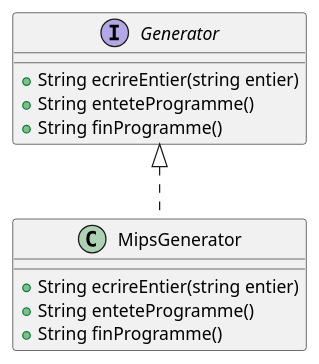
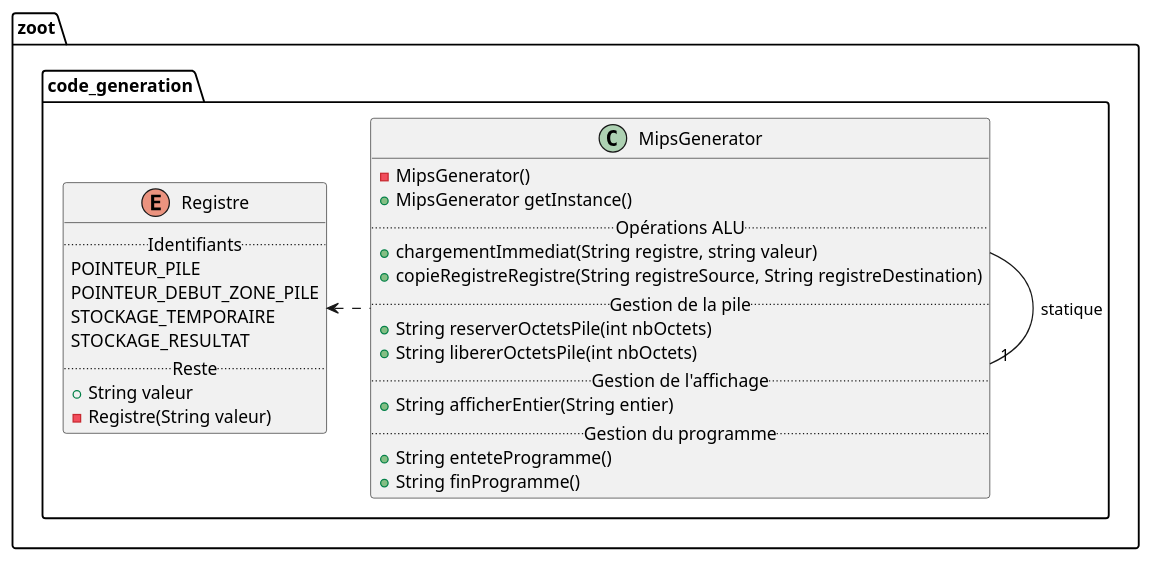
The diagram in diagrammes/classe/code_generation.puml (lmtb06/zoot), drawn with PlantUML before and after one commit. The commit also changed 6 other files, not shown here.

Commit message:
Modification du diagramme de classes + Utilisation du pattern interpreter pour l'affichage + Utilisation d'un singleton qui centralise l'implémentation du code mips + Ajout d'un enum pour centraliser les noms des registres principaux + Découpage des diagrammes par package

```diff
--- a/diagrammes/classe/code_generation.puml
+++ b/diagrammes/classe/code_generation.puml
@@ -1,14 +1,38 @@
-@startuml
+@startuml "Package code_generation"
 
-interface Generator {
-    + String ecrireEntier(string entier)
-    + String enteteProgramme()
-    + String finProgramme()
-}
+namespace zoot.code_generation {
+    ' Includes
+    ' Classes
+    enum Registre {
+        .. Identifiants ..
+        POINTEUR_PILE
+        POINTEUR_DEBUT_ZONE_PILE
+        STOCKAGE_TEMPORAIRE
+        STOCKAGE_RESULTAT
+        .. Reste ..
+        + String valeur
+        - Registre(String valeur)
+    }
 
-class MipsGenerator implements Generator {
-    + String ecrireEntier(string entier)
-    + String enteteProgramme()
-    + String finProgramme()
+    class MipsGenerator {
+        - MipsGenerator()
+        + MipsGenerator getInstance()
+        .. Opérations ALU ..
+        + chargementImmediat(String registre, string valeur)
+        + copieRegistreRegistre(String registreSource, String registreDestination)
+        .. Gestion de la pile ..
+        + String reserverOctetsPile(int nbOctets)
+        + String libererOctetsPile(int nbOctets)
+        .. Gestion de l'affichage ..
+        + String afficherEntier(String entier)
+        .. Gestion du programme ..
+        + String enteteProgramme()
+        + String finProgramme()
+    }
+
+    ' Relations entre les classes
+    MipsGenerator -right-"1" MipsGenerator : statique
+    MipsGenerator .left.> Registre
+
 }
 @enduml
```
